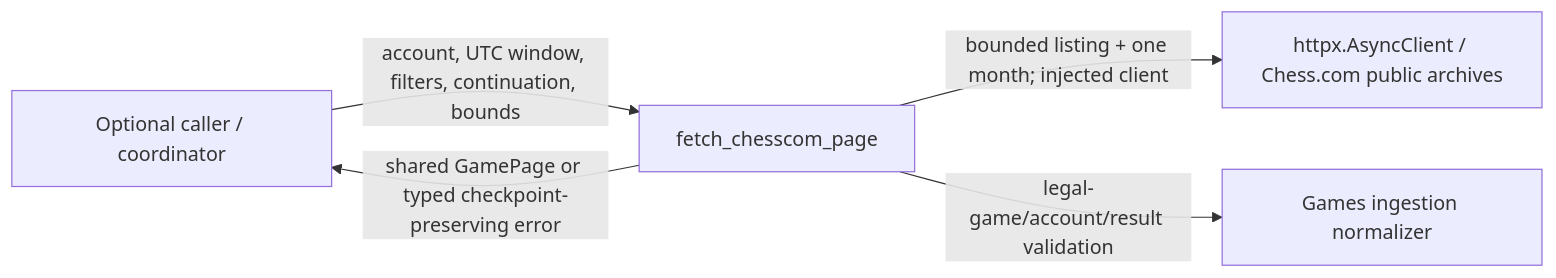
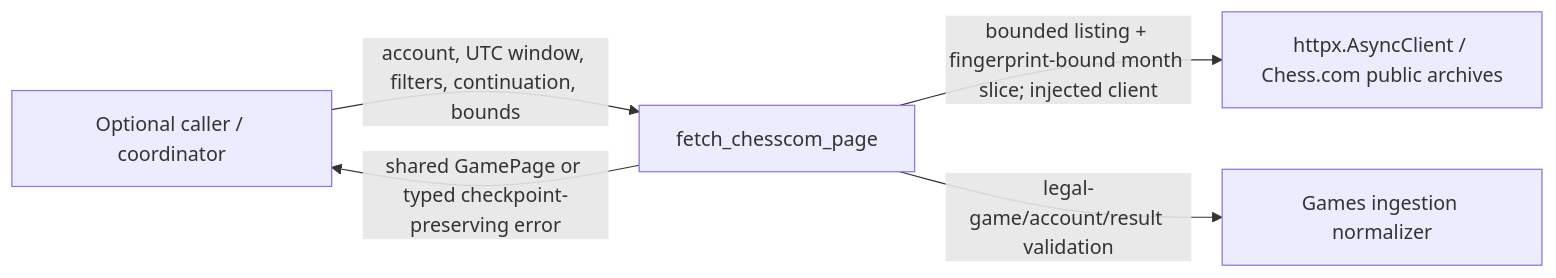
Before and after one commit to aaweaver-actuary/tempo: the second of 2 diagrams in backend/app/games/providers/README.md, drawn with Mermaid. The commit also changed other lines of this file and 12 other files, not shown here.

````diff
--- a/backend/app/games/providers/README.md
+++ b/backend/app/games/providers/README.md
@@ -38,7 +38,7 @@
 ```mermaid
 flowchart LR
   Caller["Optional caller / coordinator"] -->|"account, UTC window, filters, continuation, bounds"| Adapter["fetch_chesscom_page"]
-  Adapter -->|"bounded listing + one month; injected client"| HTTP["httpx.AsyncClient / Chess.com public archives"]
+  Adapter -->|"bounded listing + fingerprint-bound month slice; injected client"| HTTP["httpx.AsyncClient / Chess.com public archives"]
   Adapter -->|"legal-game/account/result validation"| Normalizer["Games ingestion normalizer"]
   Adapter -->|"shared GamePage or typed checkpoint-preserving error"| Caller
 ```
````
